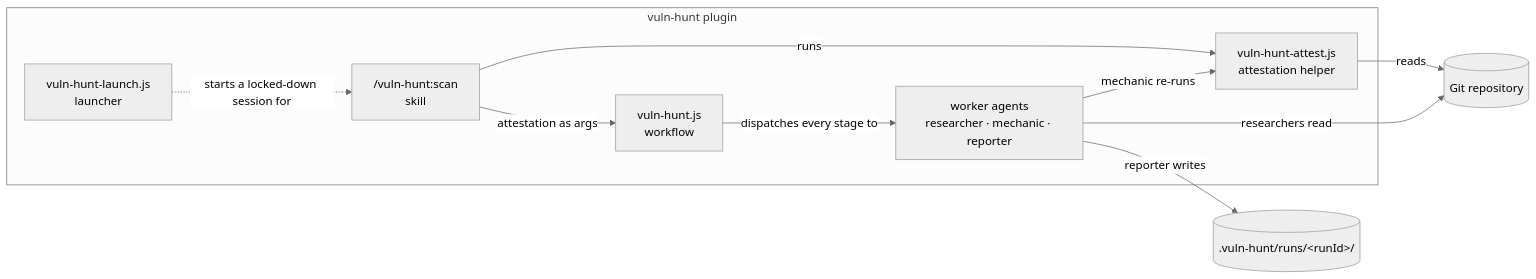
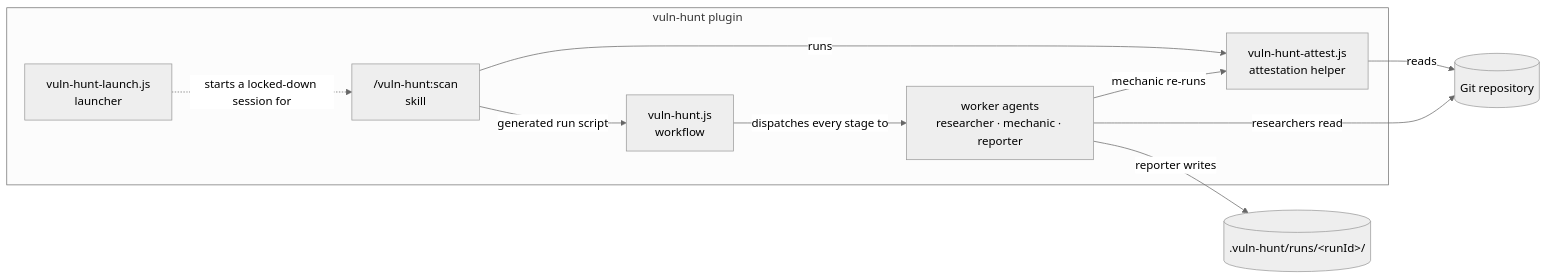
Before and after one commit to developingchet/vuln-hunt: the third of 4 diagrams in README.md, drawn with Mermaid (neutral theme). The commit also changed other lines of this file and 11 other files, not shown here.

First line of the commit message:
feat: transport attestations by emitted run script and validate evidence mechanically (#6)

````diff
--- a/README.md
+++ b/README.md
@@ -259,21 +270,21 @@
 ```mermaid
 flowchart LR
     subgraph Plugin["vuln-hunt plugin"]
         Skill["/vuln-hunt:scan<br/>skill"]
         WF["vuln-hunt.js<br/>workflow"]
         Agents["worker agents<br/>researcher · mechanic · reporter"]
         Helper["vuln-hunt-attest.js<br/>attestation helper"]
         Launch["vuln-hunt-launch.js<br/>launcher"]
     end
     Git[("Git repository")]
     Out[(".vuln-hunt/runs/&lt;runId&gt;/")]
 
     Skill -- "runs" --> Helper
     Helper -- "reads" --> Git
-    Skill -- "attestation as args" --> WF
+    Skill -- "generated run script" --> WF
     WF -- "dispatches every stage to" --> Agents
     Agents -- "mechanic re-runs" --> Helper
     Agents -- "researchers read" --> Git
     Agents -- "reporter writes" --> Out
     Launch -. "starts a locked-down session for" .-> Skill
 ```
````
